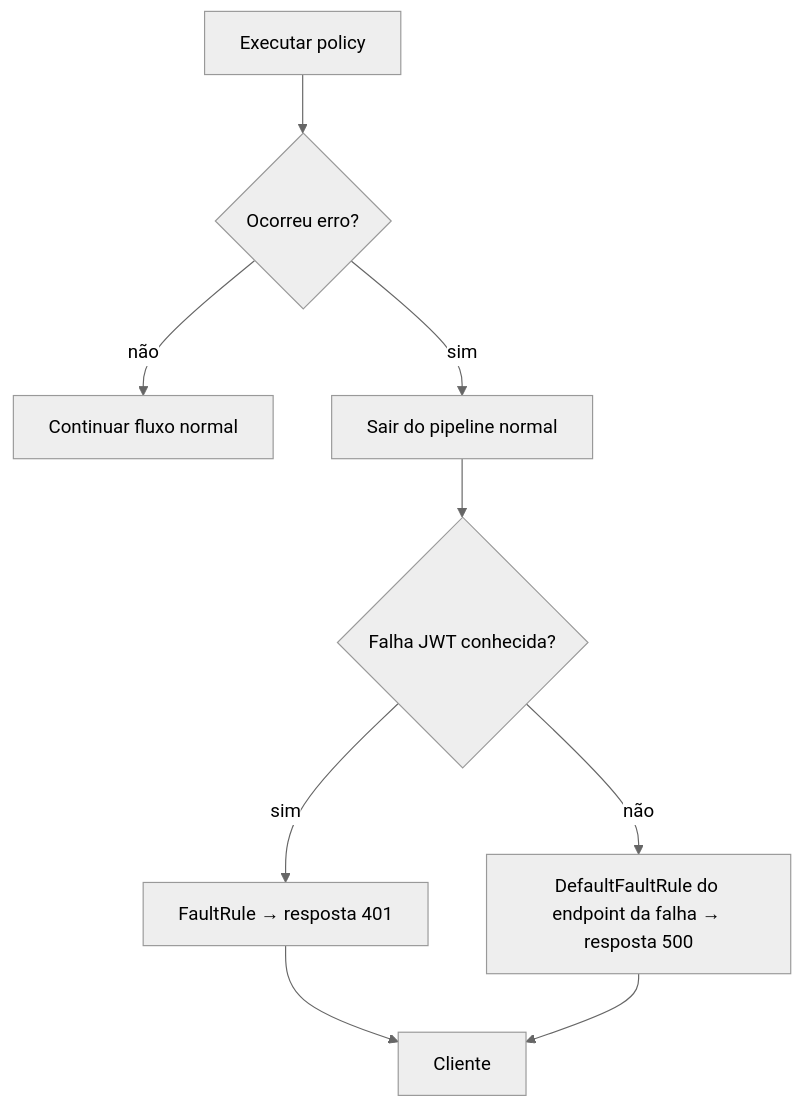
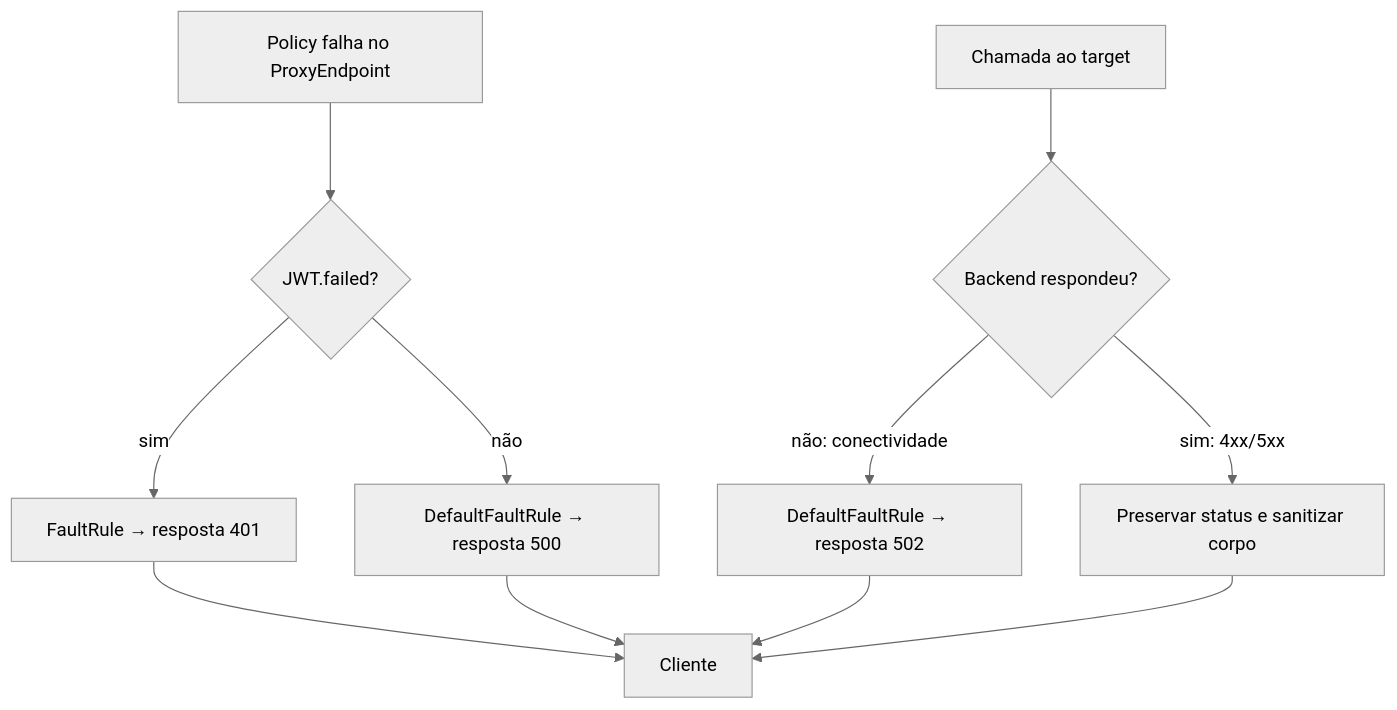
The second of 2 diagrams in examples/03-advanced/README.md (rodri-oliveira-dev/apigee-architecture-lab), drawn with Mermaid (neutral theme) before and after one commit. The commit also changed other lines of this file and 23 other files, not shown here.

````diff
--- a/examples/03-advanced/README.md
+++ b/examples/03-advanced/README.md
@@ -18,11 +18,13 @@
 ```mermaid
 flowchart TD
-    R[Executar policy] --> E{Ocorreu erro?}
-    E -->|não| N[Continuar fluxo normal]
-    E -->|sim| X[Sair do pipeline normal]
-    X --> J{Falha JWT conhecida?}
+    P[Policy falha no ProxyEndpoint] --> J{JWT.failed?}
     J -->|sim| A[FaultRule → resposta 401]
-    J -->|não| D[DefaultFaultRule do endpoint da falha → resposta 500]
+    J -->|não| D[DefaultFaultRule → resposta 500]
+    T[Chamada ao target] --> E{Backend respondeu?}
+    E -->|não: conectividade| G[DefaultFaultRule → resposta 502]
+    E -->|sim: 4xx/5xx| H[Preservar status e sanitizar corpo]
     A --> C[Cliente]
     D --> C
+    G --> C
+    H --> C
 ```
````
